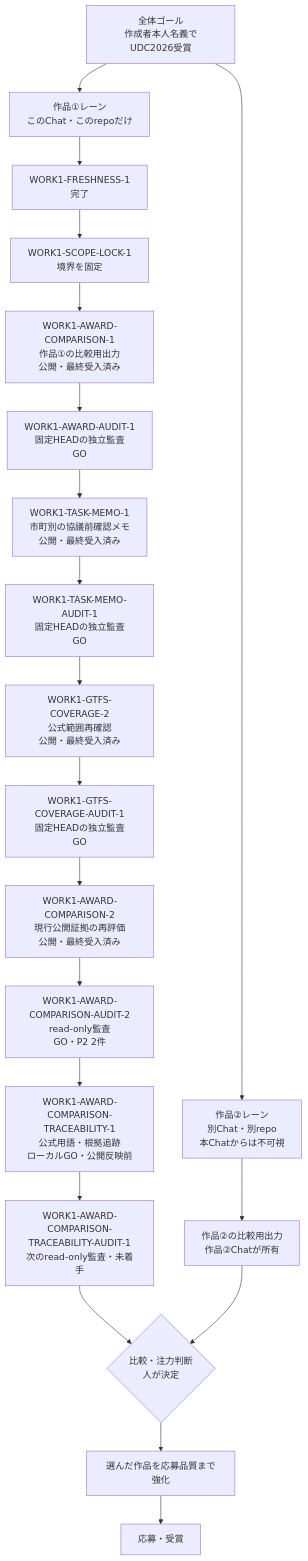
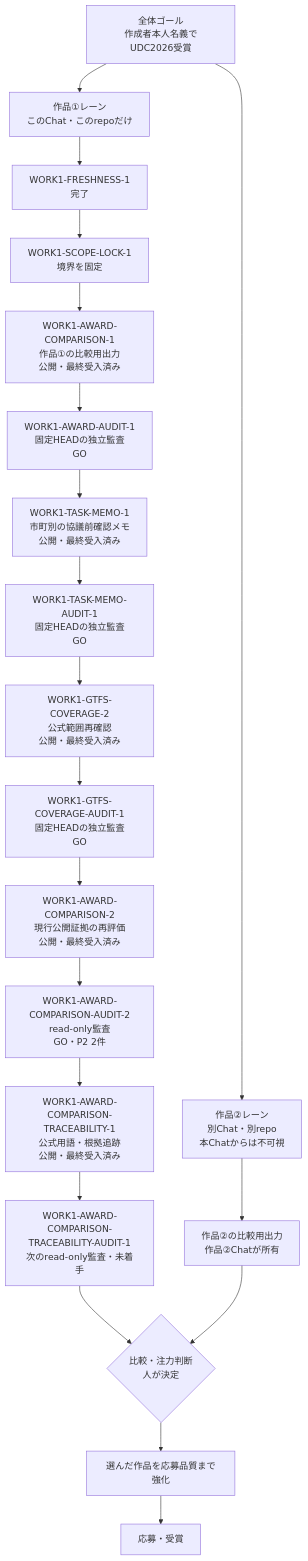
One commit to yyy-yuichi/yamaguchi-yusho-data changed the diagram in WORK_SCOPE.md. Above: the diagram before and after it, drawn with Mermaid. The commit also changed other lines of this file and 6 other files, not shown here.

````diff
--- a/WORK_SCOPE.md
+++ b/WORK_SCOPE.md
@@ -20,28 +20,28 @@
 ```mermaid
 flowchart TD
     G["全体ゴール<br/>作成者本人名義でUDC2026受賞"]
     W1["作品①レーン<br/>このChat・このrepoだけ"]
     W2["作品②レーン<br/>別Chat・別repo<br/>本Chatからは不可視"]
     F["WORK1-FRESHNESS-1<br/>完了"]
     L["WORK1-SCOPE-LOCK-1<br/>境界を固定"]
     C1["WORK1-AWARD-COMPARISON-1<br/>作品①の比較用出力<br/>公開・最終受入済み"]
     A1["WORK1-AWARD-AUDIT-1<br/>固定HEADの独立監査<br/>GO"]
     M1["WORK1-TASK-MEMO-1<br/>市町別の協議前確認メモ<br/>公開・最終受入済み"]
     A2["WORK1-TASK-MEMO-AUDIT-1<br/>固定HEADの独立監査<br/>GO"]
     V1["WORK1-GTFS-COVERAGE-2<br/>公式範囲再確認<br/>公開・最終受入済み"]
     V2["WORK1-GTFS-COVERAGE-AUDIT-1<br/>固定HEADの独立監査<br/>GO"]
     C3["WORK1-AWARD-COMPARISON-2<br/>現行公開証拠の再評価<br/>公開・最終受入済み"]
     C4["WORK1-AWARD-COMPARISON-AUDIT-2<br/>read-only監査<br/>GO・P2 2件"]
-    T1["WORK1-AWARD-COMPARISON-TRACEABILITY-1<br/>公式用語・根拠追跡<br/>ローカルGO・公開反映前"]
+    T1["WORK1-AWARD-COMPARISON-TRACEABILITY-1<br/>公式用語・根拠追跡<br/>公開・最終受入済み"]
     T2["WORK1-AWARD-COMPARISON-TRACEABILITY-AUDIT-1<br/>次のread-only監査・未着手"]
     C2["作品②の比較用出力<br/>作品②Chatが所有"]
     D{"比較・注力判断<br/>人が決定"}
     S["選んだ作品を応募品質まで強化"]
     A["応募・受賞"]
 
     G --> W1
     G --> W2
     W1 --> F --> L --> C1 --> A1 --> M1 --> A2 --> V1 --> V2 --> C3 --> C4 --> T1 --> T2 --> D
     W2 --> C2 --> D
     D --> S --> A
 ```
````
